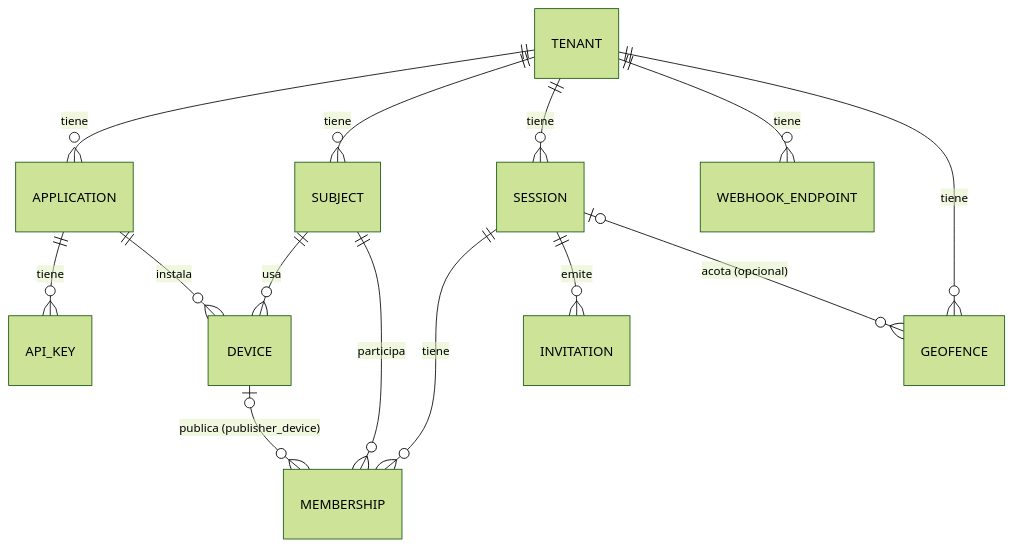
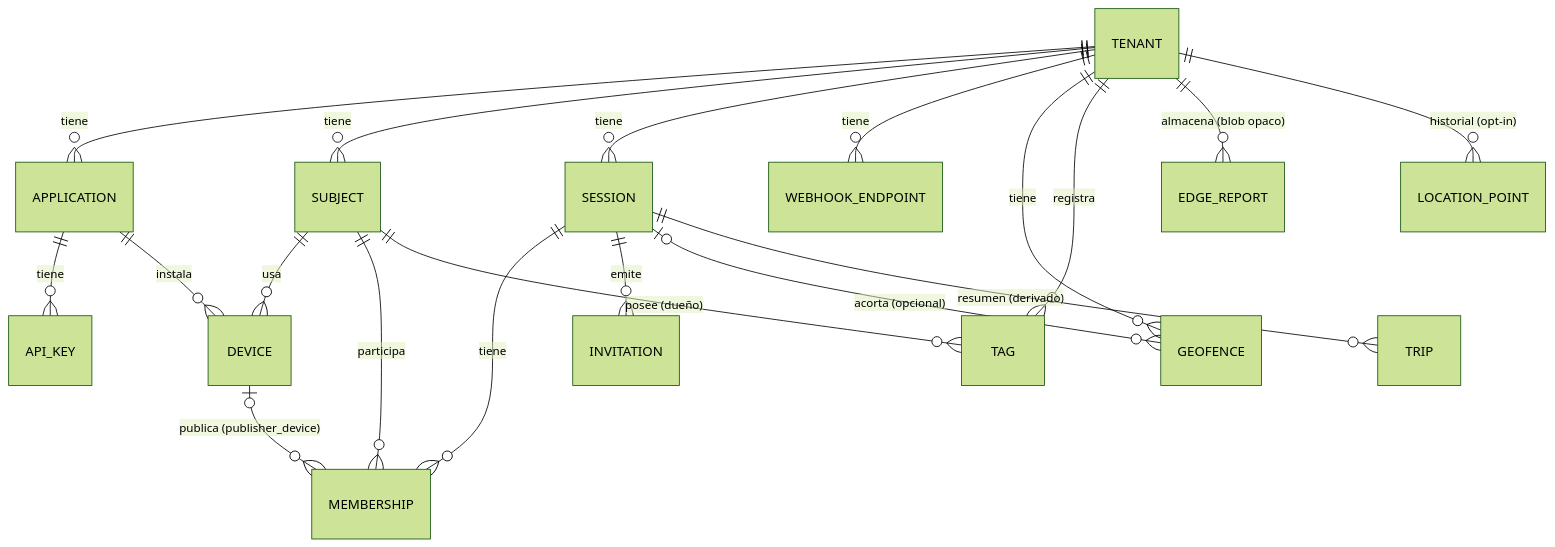
The first of 4 diagrams in docs/05_DOMAIN_MODEL.md (angelnereira/GeoStream), drawn with Mermaid (forest theme) before and after one commit. The commit also changed other lines of this file and 17 other files, not shown here.

````diff
--- a/docs/05_DOMAIN_MODEL.md
+++ b/docs/05_DOMAIN_MODEL.md
@@ -9,16 +9,21 @@
 ```mermaid
 erDiagram
   TENANT ||--o{ APPLICATION : tiene
   APPLICATION ||--o{ API_KEY : tiene
   TENANT ||--o{ SUBJECT : tiene
   SUBJECT ||--o{ DEVICE : usa
   APPLICATION ||--o{ DEVICE : instala
   TENANT ||--o{ SESSION : tiene
   SESSION ||--o{ MEMBERSHIP : tiene
   SUBJECT ||--o{ MEMBERSHIP : participa
   SESSION ||--o{ INVITATION : emite
   DEVICE |o--o{ MEMBERSHIP : "publica (publisher_device)"
   TENANT ||--o{ WEBHOOK_ENDPOINT : tiene
   TENANT ||--o{ GEOFENCE : tiene
-  SESSION |o--o{ GEOFENCE : "acota (opcional)"
+  SESSION |o--o{ GEOFENCE : "acorta (opcional)"
+  TENANT ||--o{ TAG : registra
+  SUBJECT ||--o{ TAG : "posee (dueño)"
+  TENANT ||--o{ EDGE_REPORT : "almacena (blob opaco)"
+  SESSION ||--o{ TRIP : "resumen (derivado)"
+  TENANT ||--o{ LOCATION_POINT : "historial (opt-in)"
 ```
````
